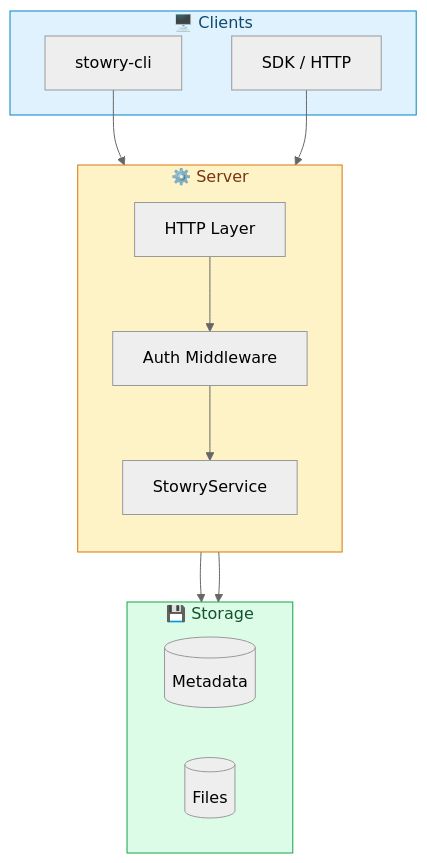
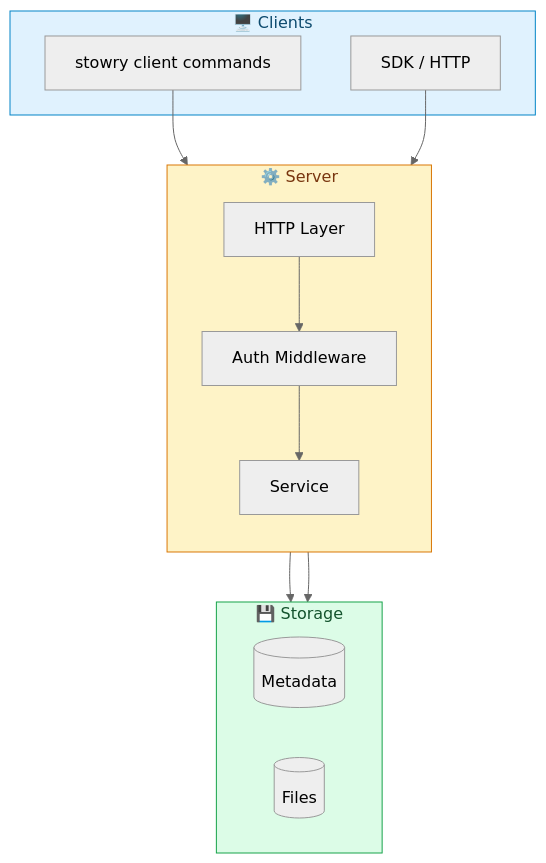
One commit to sagarc03/stowry changed the diagram in website/src/content/docs/architecture.md. Above: the diagram before and after it, drawn with Mermaid (neutral theme). The commit also changed other lines of this file and 13 other files, not shown here.

````diff
--- a/website/src/content/docs/architecture.md
+++ b/website/src/content/docs/architecture.md
@@ -19,28 +22,28 @@
 ```mermaid
 flowchart TB
     subgraph Clients["🖥️ Clients"]
-        cli["stowry-cli"]
+        cli["stowry client commands"]
         sdk["SDK / HTTP"]
     end
 
     subgraph Server["⚙️ Server"]
         direction TB
         httpLayer["HTTP Layer"]
         auth["Auth Middleware"]
-        service["StowryService"]
+        service["Service"]
         httpLayer --> auth --> service
     end
 
     subgraph Storage["💾 Storage"]
         direction LR
         metadata[("Metadata")]
         files[("Files")]
     end
 
     cli & sdk --> httpLayer
     service --> metadata & files
 
     style Clients fill:#e0f2fe,stroke:#0284c7,color:#0c4a6e
     style Server fill:#fef3c7,stroke:#d97706,color:#78350f
     style Storage fill:#dcfce7,stroke:#16a34a,color:#14532d
 ```
````
